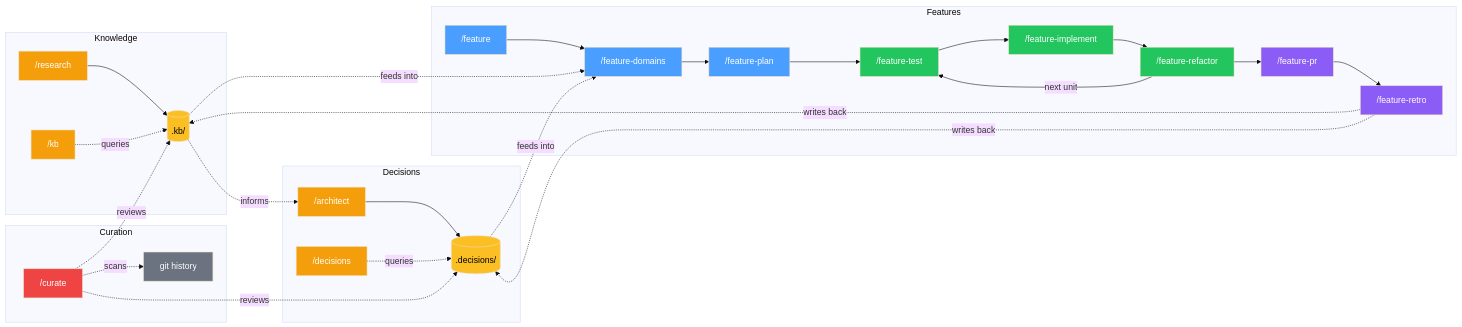
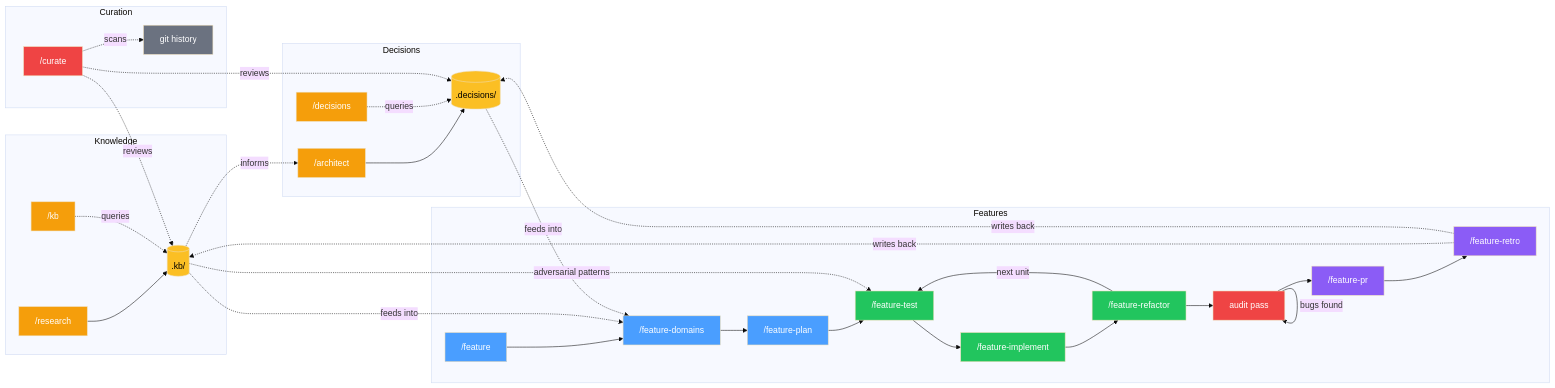
The diagram in README.md (telefrek/vallorcine), drawn with Mermaid (base theme) before and after one commit. The commit also changed other lines of this file and 22 other files, not shown here.

````diff
--- a/README.md
+++ b/README.md
@@ -37,52 +38,56 @@
 ```mermaid
 graph LR
     subgraph Knowledge
         RES["/research"] --> KB[(".kb/")]
         KBQ["/kb"] -.->|"queries"| KB
     end
 
     subgraph Decisions
         ARC["/architect"] --> DEC[(".decisions/")]
         DECQ["/decisions"] -.->|"queries"| DEC
         KB -.->|"informs"| ARC
     end
 
     subgraph Features
         S["/feature"] --> D["/feature-domains"]
         D --> P["/feature-plan"]
         P --> T["/feature-test"]
         T --> I["/feature-implement"]
         I --> R["/feature-refactor"]
         R -->|"next unit"| T
-        R --> PR["/feature-pr"]
+        R --> A["audit pass"]
+        A -->|"bugs found"| A
+        A --> PR["/feature-pr"]
         PR --> RET["/feature-retro"]
     end
 
     KB -.->|"feeds into"| D
+    KB -.->|"adversarial patterns"| T
     DEC -.->|"feeds into"| D
     RET -.->|"writes back"| KB
     RET -.->|"writes back"| DEC
 
     subgraph Curation
         CUR["/curate"] -.->|"reviews"| KB
         CUR -.->|"reviews"| DEC
         CUR -.->|"scans"| GIT["git history"]
     end
 
     style CUR fill:#ef4444,color:#fff
     style GIT fill:#6b7280,color:#fff
     style S fill:#4a9eff,color:#fff
     style D fill:#4a9eff,color:#fff
     style P fill:#4a9eff,color:#fff
     style T fill:#22c55e,color:#fff
     style I fill:#22c55e,color:#fff
     style R fill:#22c55e,color:#fff
+    style A fill:#ef4444,color:#fff
     style PR fill:#8b5cf6,color:#fff
     style RET fill:#8b5cf6,color:#fff
     style RES fill:#f59e0b,color:#fff
     style ARC fill:#f59e0b,color:#fff
     style KB fill:#fbbf24,color:#000
     style DEC fill:#fbbf24,color:#000
     style KBQ fill:#f59e0b,color:#fff
     style DECQ fill:#f59e0b,color:#fff
 ```
````
